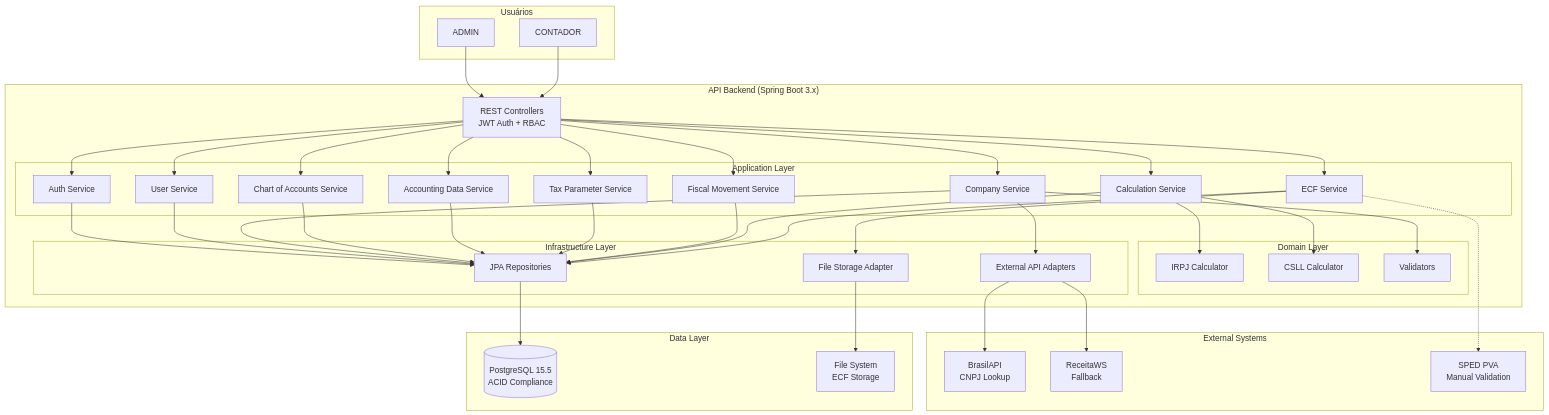
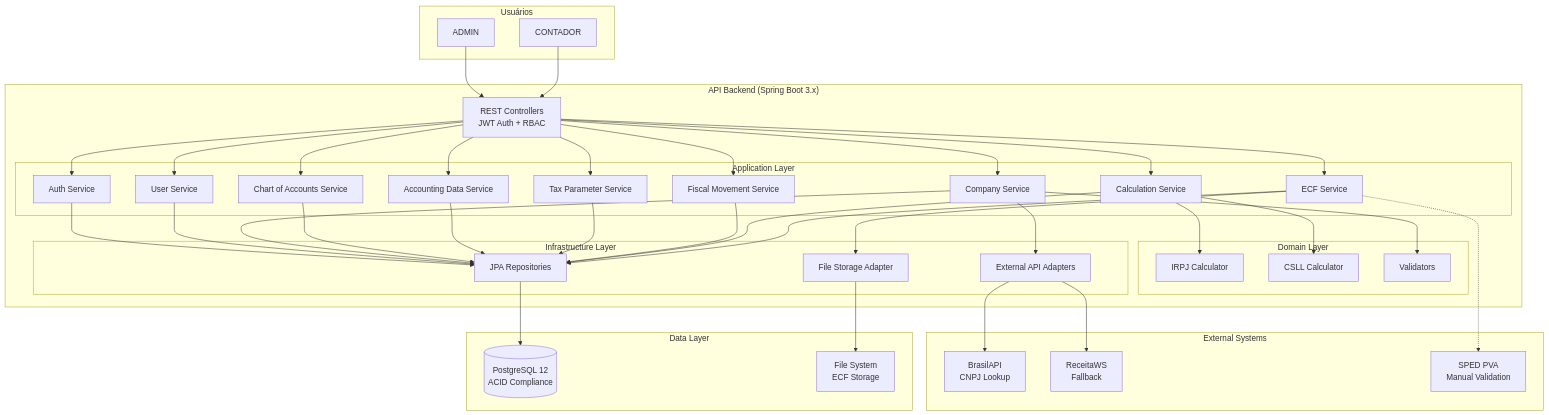
Before and after one commit to Sconzo/lalur: the diagram in docs/architecture/02-Arquitetura-de-Alto-Nível.md, drawn with Mermaid. The commit also changed other lines of this file and 22 other files, not shown here.

```diff
--- a/docs/architecture/02-Arquitetura-de-Alto-Nível.md
+++ b/docs/architecture/02-Arquitetura-de-Alto-Nível.md
@@ -89,7 +89,7 @@
     end
 
     subgraph "Data Layer"
-        PostgreSQL[(PostgreSQL 15.5<br/>ACID Compliance)]
+        PostgreSQL[(PostgreSQL 12<br/>ACID Compliance)]
         FileSystem[File System<br/>ECF Storage]
     end
 
```
